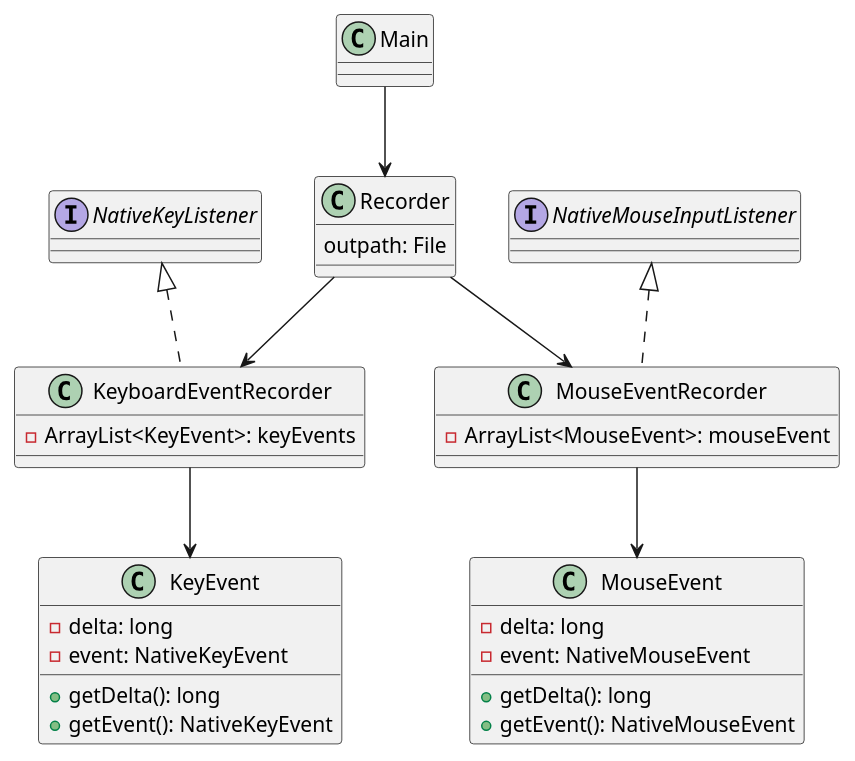
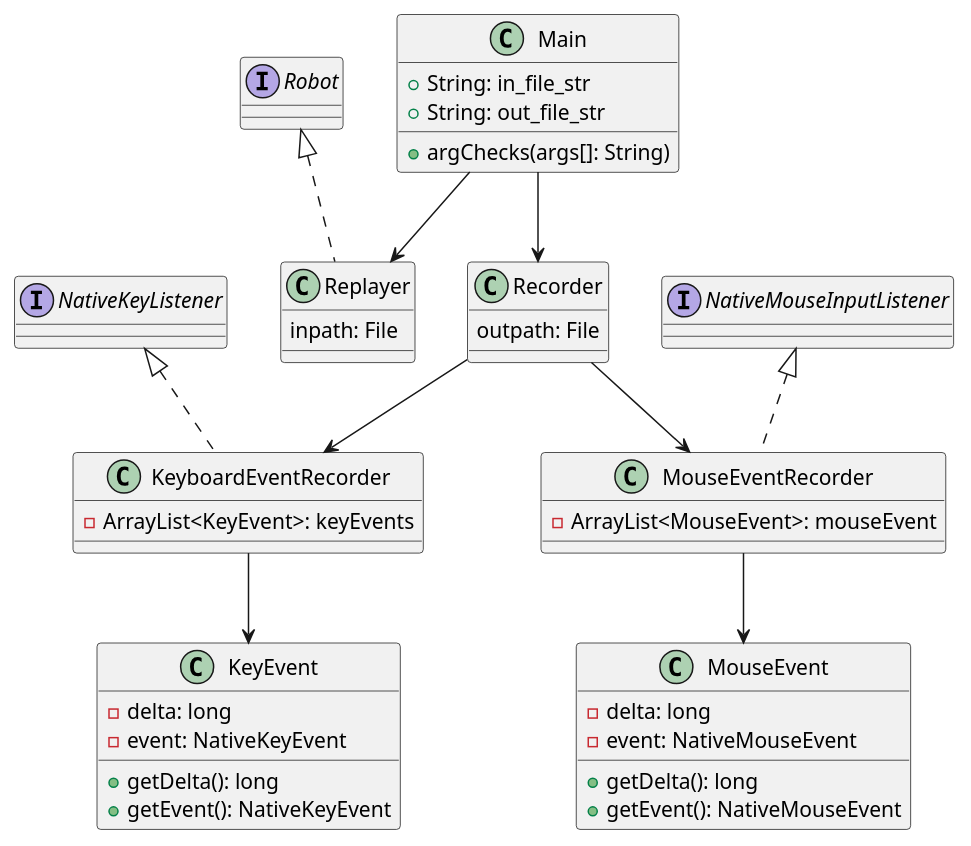
The diagram in classdiagram.puml (AllHailTheSheep/projects-UniversalMacroBuilder), drawn with PlantUML before and after one commit. The commit also changed 1 other file, not shown here.

Commit message:
adds more UML

```diff
--- a/classdiagram.puml
+++ b/classdiagram.puml
@@ -1,43 +1,48 @@
 @startuml
 class Main {
     ' takes in command line args to either start recording threads or start the robot reproducer
-
+    + String: in_file_str
+    + String: out_file_str
+    + argChecks(args[]: String)
 }
 
 class Recorder {
     ' this class simply starts and synchronizes the keyboard and mouse event recorders
     outpath: File
+}
 
-
+class Replayer implements Robot {
+    inpath: File
 }
 
 class KeyboardEventRecorder implements NativeKeyListener {
     ' this thread will record keyboard input and save the input to an arraylist of keyevent. may potentially need multithreading and syncronization to allow multiple key presses to be recorded at the same time?
     - ArrayList<KeyEvent>: keyEvents
 }
 
 class MouseEventRecorder implements NativeMouseInputListener {
     ' this thread will record mouse input similarly to the keyboard recorder
     - ArrayList<MouseEvent>: mouseEvent
 }
 
 class KeyEvent {
     - delta: long
     - event: NativeKeyEvent
     + getDelta(): long
     + getEvent(): NativeKeyEvent
 }
 
 class MouseEvent {
     - delta: long
     - event: NativeMouseEvent
     + getDelta(): long
     + getEvent(): NativeMouseEvent
 }
 
 Main --> Recorder
 Recorder --> MouseEventRecorder
 Recorder --> KeyboardEventRecorder
 MouseEventRecorder --> MouseEvent
 KeyboardEventRecorder --> KeyEvent
+Main --> Replayer
 @enduml
```
